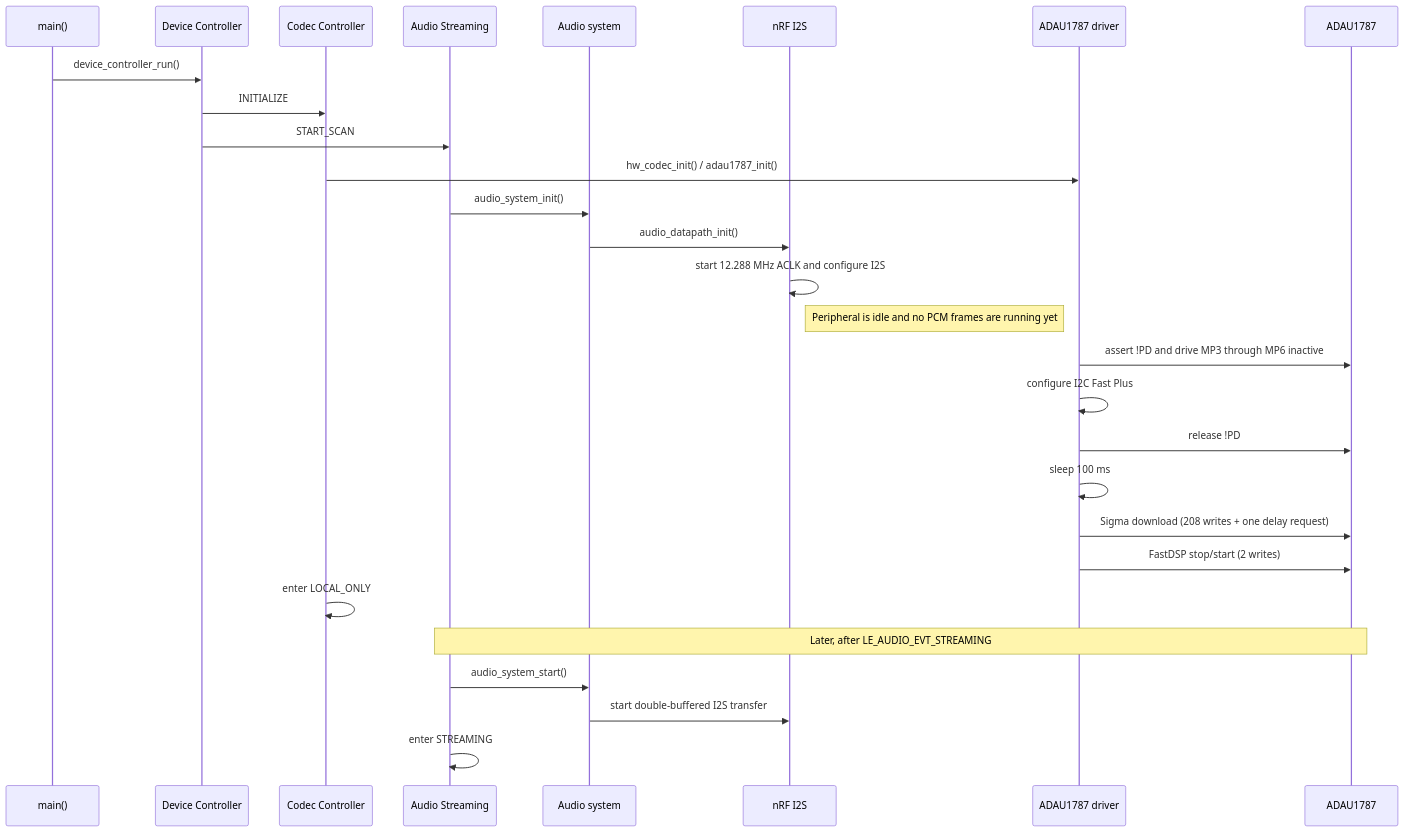
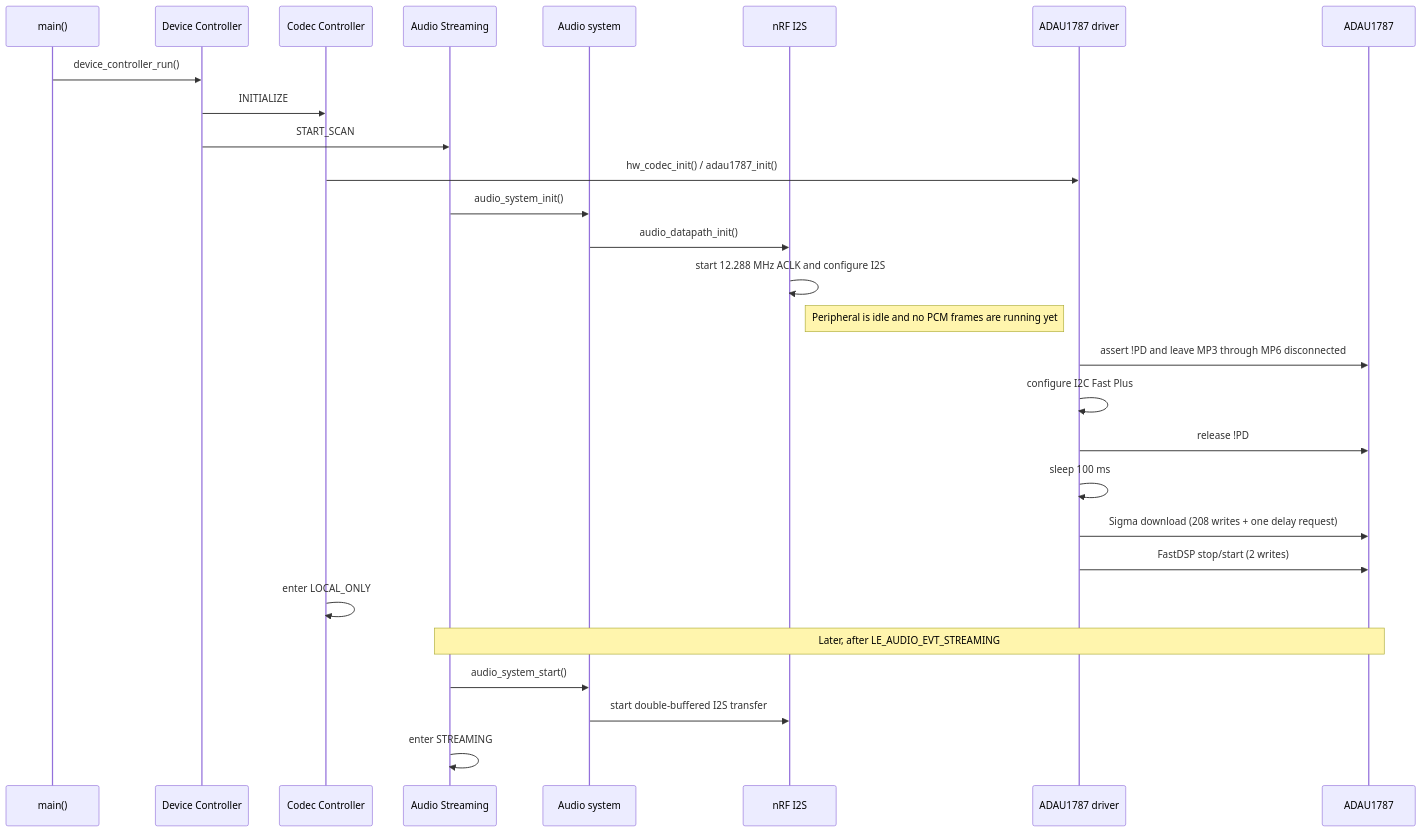
One commit to Matheus-Cavalcanti/tiresias-soak-test changed the diagram in docs/modules/adau1787-startup.md. Above: the diagram before and after it, drawn with Mermaid. The commit also changed other lines of this file and 32 other files, not shown here.

````diff
--- a/docs/modules/adau1787-startup.md
+++ b/docs/modules/adau1787-startup.md
@@ -37,32 +37,32 @@
 ```mermaid
 sequenceDiagram
     participant Main as main()
     participant Controller as Device Controller
     participant CodecCtrl as Codec Controller
     participant Streaming as Audio Streaming
     participant System as Audio system
     participant I2S as nRF I2S
     participant Driver as ADAU1787 driver
     participant Codec as ADAU1787
 
     Main->>Controller: device_controller_run()
     Controller->>CodecCtrl: INITIALIZE
     Controller->>Streaming: START_SCAN
     CodecCtrl->>Driver: hw_codec_init() / adau1787_init()
     Streaming->>System: audio_system_init()
     System->>I2S: audio_datapath_init()
     I2S->>I2S: start 12.288 MHz ACLK and configure I2S
     Note right of I2S: Peripheral is idle and no PCM frames are running yet
-    Driver->>Codec: assert !PD and drive MP3 through MP6 inactive
+    Driver->>Codec: assert !PD and leave MP3 through MP6 disconnected
     Driver->>Driver: configure I2C Fast Plus
     Driver->>Codec: release !PD
     Driver->>Driver: sleep 100 ms
     Driver->>Codec: Sigma download (208 writes + one delay request)
     Driver->>Codec: FastDSP stop/start (2 writes)
     CodecCtrl->>CodecCtrl: enter LOCAL_ONLY
 
     Note over Streaming,Codec: Later, after LE_AUDIO_EVT_STREAMING
     Streaming->>System: audio_system_start()
     System->>I2S: start double-buffered I2S transfer
     Streaming->>Streaming: enter STREAMING
 ```
````
